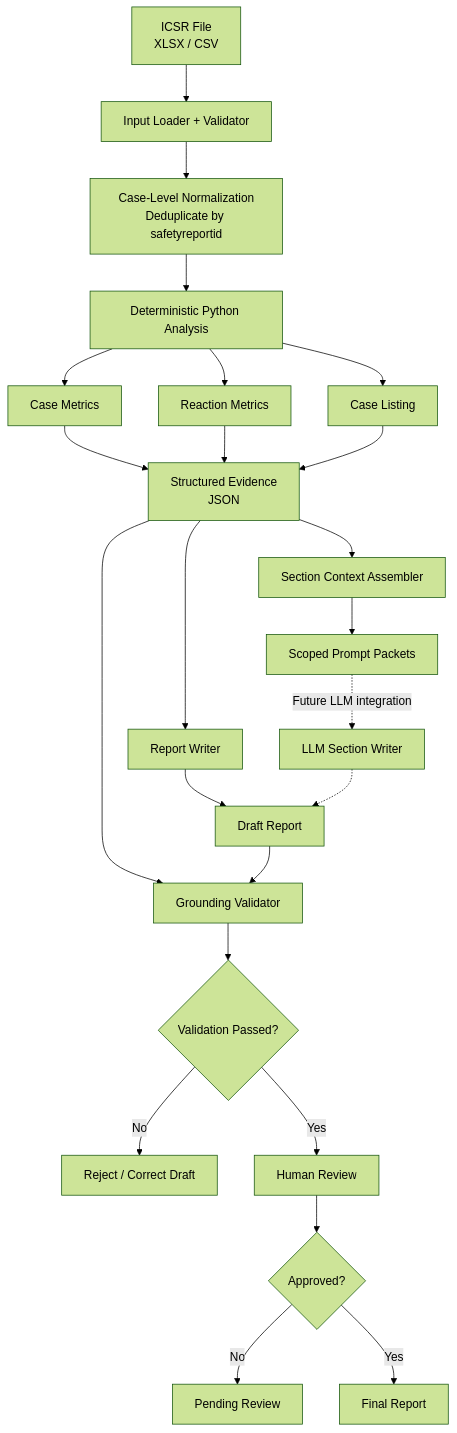
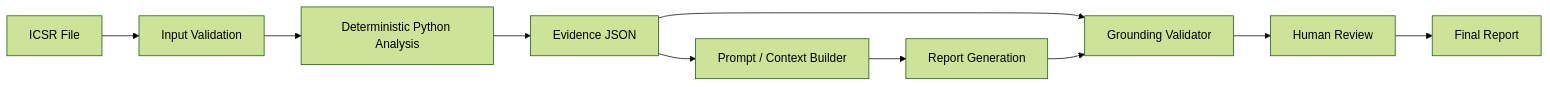
Before and after one commit to mirayanali5/PADER-style-report-generator: the diagram in README.md, drawn with Mermaid (forest theme). The commit also changed other lines of this file, not shown here.

````diff
--- a/README.md
+++ b/README.md
@@ -82,41 +31,12 @@
 ```mermaid
-flowchart TD
-
-    A["ICSR File<br/>XLSX / CSV"] --> B["Input Loader + Validator"]
-
-    B --> C["Case-Level Normalization<br/>Deduplicate by safetyreportid"]
-
-    C --> D["Deterministic Python Analysis"]
-
-    D --> E["Case Metrics"]
-    D --> F["Reaction Metrics"]
-    D --> G["Case Listing"]
-
-    E --> H["Structured Evidence<br/>JSON"]
-    F --> H
-    G --> H
-
-    H --> I["Section Context Assembler"]
-
-    I --> J["Scoped Prompt Packets"]
-
-    H --> K["Report Writer"]
-
-    J -. "Future LLM integration" .-> L["LLM Section Writer"]
-
-    K --> M["Draft Report"]
-    L -.-> M
-
-    H --> N["Grounding Validator"]
-    M --> N
-
-    N --> O{"Validation Passed?"}
-
-    O -- No --> P["Reject / Correct Draft"]
-    O -- Yes --> Q["Human Review"]
-
-    Q --> R{"Approved?"}
-
-    R -- No --> S["Pending Review"]
-    R -- Yes --> T["Final Report"]
+flowchart LR
+    A["ICSR File"] --> B["Input Validation"]
+    B --> C["Deterministic Python Analysis"]
+    C --> D["Evidence JSON"]
+    D --> E["Prompt / Context Builder"]
+    E --> F["Report Generation"]
+    D --> G["Grounding Validator"]
+    F --> G
+    G --> H["Human Review"]
+    H --> I["Final Report"]
 ```
````
